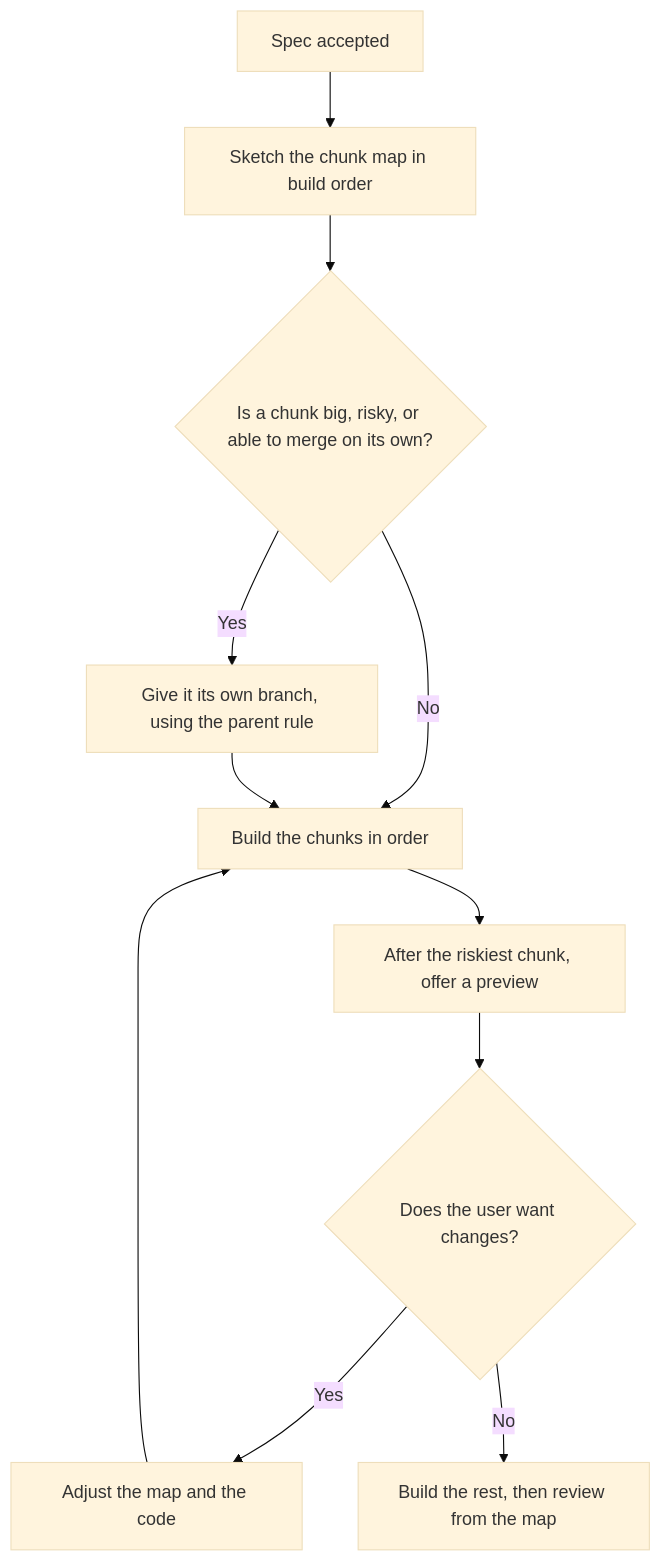
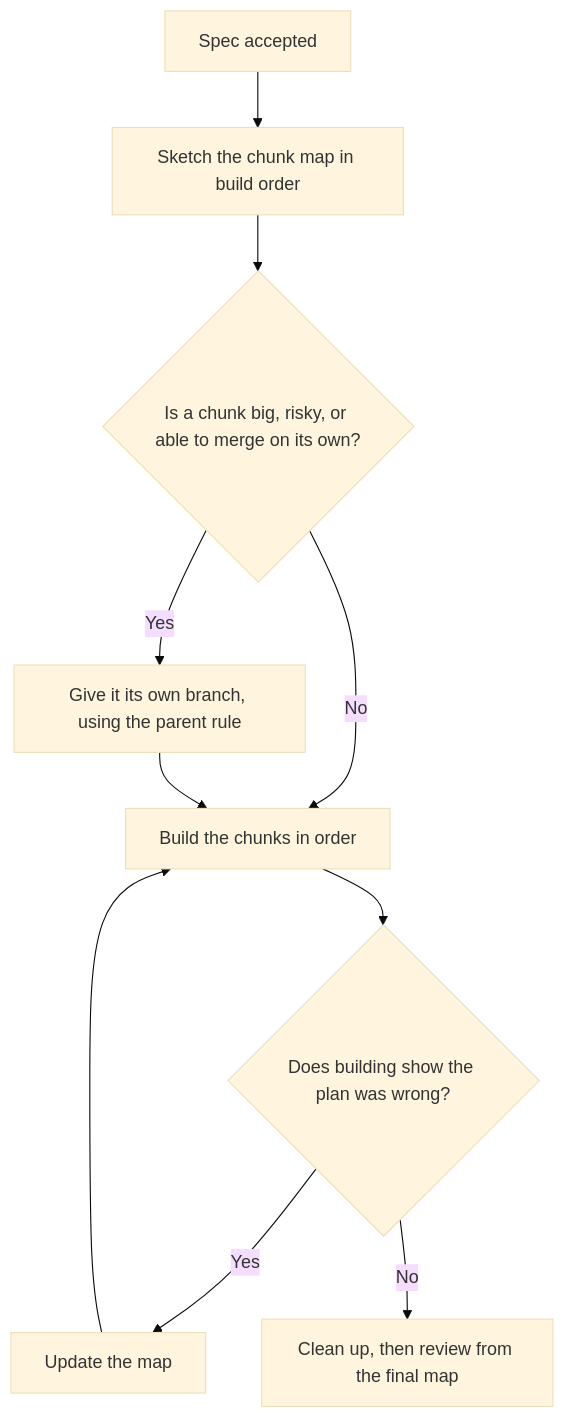
The fifth of 10 diagrams in skills/spec-workflow/SKILL.md (fsw0422/.ksp), drawn with Mermaid (base theme) before and after one commit. The commit also changed other lines of this file and 2 other files, not shown here.

Commit message:
Spec Workflow: drop the chunk preview
The preview approved nothing, showed code before the cleanup pass and the
bug review, and the merge review covered the same chunk again. The spec
review, the shared chunk map, and splitting a risky chunk into its own
branch already catch a wrong direction early. Building the riskiest chunk
first stays, and the guided review now runs only for specs and merges.

````diff
--- a/skills/spec-workflow/SKILL.md
+++ b/skills/spec-workflow/SKILL.md
@@ -250,13 +250,12 @@
 ```mermaid
 flowchart TD
     Accepted[Spec accepted] --> Map[Sketch the chunk map in build order]
     Map --> Big{Is a chunk big, risky, or able to merge on its own?}
     Big -->|Yes| Own[Give it its own branch, using the parent rule]
     Big -->|No| Build[Build the chunks in order]
     Own --> Build
-    Build --> Preview[After the riskiest chunk, offer a preview]
-    Preview --> Change{Does the user want changes?}
-    Change -->|Yes| Adjust[Adjust the map and the code]
+    Build --> Wrong{Does building show the plan was wrong?}
+    Wrong -->|Yes| Adjust[Update the map]
     Adjust --> Build
-    Change -->|No| Rest[Build the rest, then review from the map]
+    Wrong -->|No| Rest[Clean up, then review from the final map]
 ```
````
